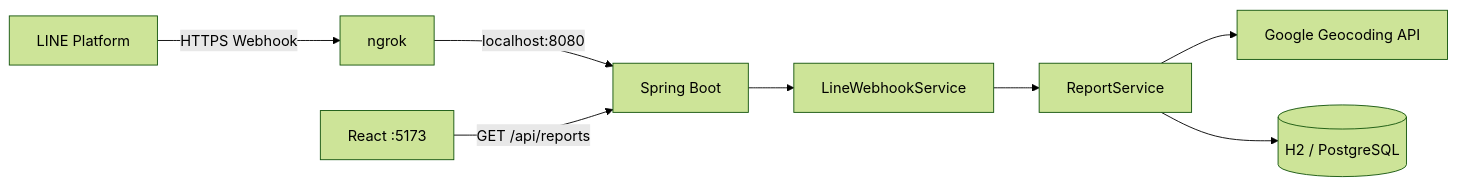
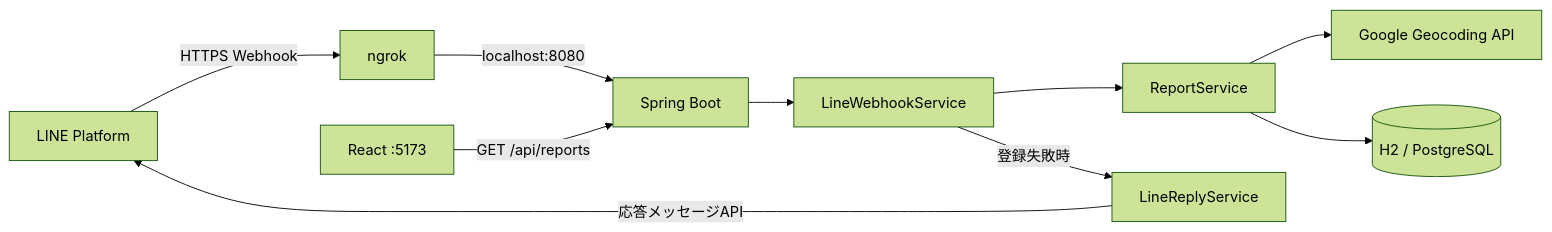
Before and after one commit to TBan34/Suspicious-Person-Map: the diagram in docs/integrations/line-messaging-api.md, drawn with Mermaid (forest theme). The commit also changed other lines of this file and 16 other files, not shown here.

````diff
--- a/docs/integrations/line-messaging-api.md
+++ b/docs/integrations/line-messaging-api.md
@@ -11,10 +11,12 @@
 ```mermaid
 flowchart LR
     line[LINE Platform] -->|HTTPS Webhook| ngrok[ngrok]
     ngrok -->|localhost:8080| backend[Spring Boot]
     backend --> webhookService[LineWebhookService]
     webhookService --> service[ReportService]
+    webhookService -->|登録失敗時| replyService[LineReplyService]
+    replyService -->|応答メッセージAPI| line
     service --> geocoding[Google Geocoding API]
     service --> db[(H2 / PostgreSQL)]
     frontend[React :5173] -->|GET /api/reports| backend
 ```
````
